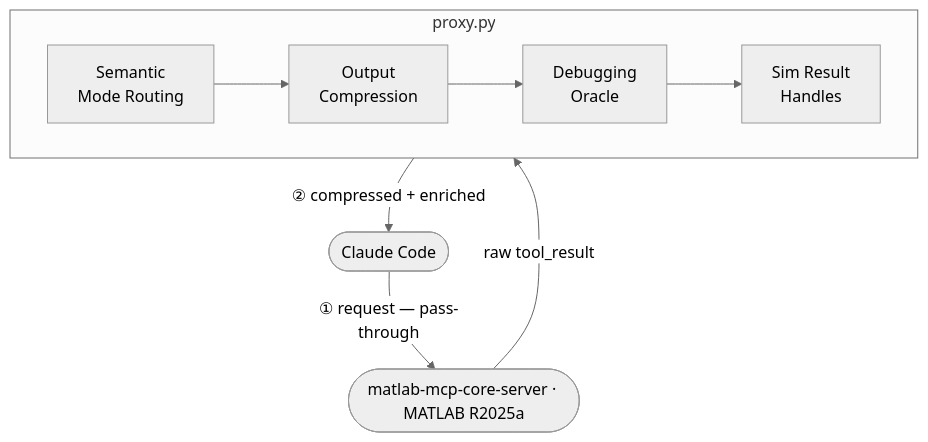
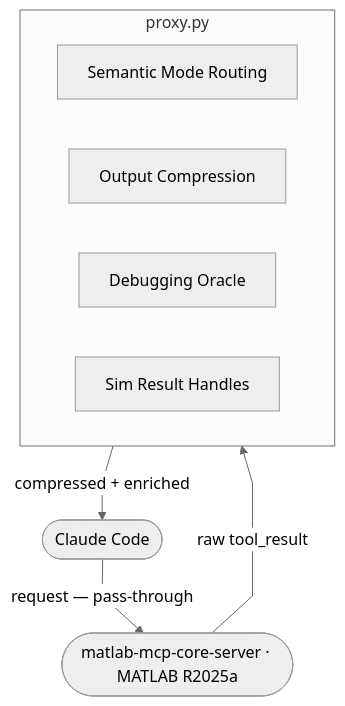
One commit to nightfury1802/matlab-mcp-proxy changed the diagram in README.md. Above: the diagram before and after it, drawn with Mermaid (neutral theme).

````diff
--- a/README.md
+++ b/README.md
@@ -11,14 +11,18 @@
 ```mermaid
+%%{init: {"flowchart": {"curve": "linear"}} }%%
 flowchart TD
     CC([Claude Code])
     UP(["matlab-mcp-core-server · MATLAB R2025a"])
 
     subgraph PX["  proxy.py  "]
         direction LR
-        A["Semantic\nMode Routing"] --> B["Output\nCompression"] --> C["Debugging\nOracle"] --> D["Sim Result\nHandles"]
+        A["Semantic Mode Routing"]
+        B["Output Compression"]
+        C["Debugging Oracle"]
+        D["Sim Result Handles"]
     end
 
-    CC -->|"① request — pass-through"| UP
+    CC -->|"request — pass-through"| UP
     UP -->|"raw tool_result"| PX
-    PX -->|"② compressed + enriched"| CC
+    PX -->|"compressed + enriched"| CC
 ```
````
